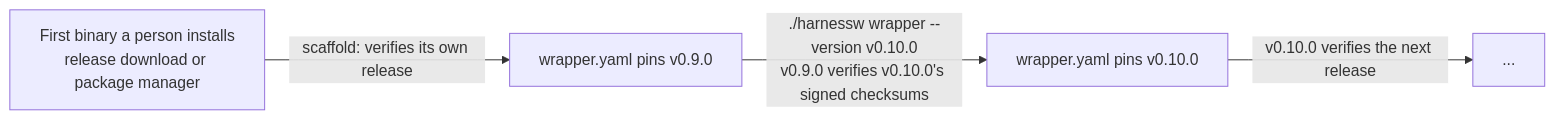
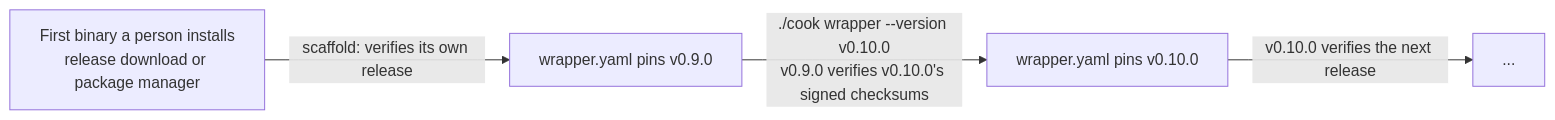
Before and after one commit to lmarqs/harness: the diagram in docs/features/wrapper.md, drawn with Mermaid. The commit also changed other lines of this file and 64 other files, not shown here.

````diff
--- a/docs/features/wrapper.md
+++ b/docs/features/wrapper.md
@@ -151,6 +151,6 @@
 ```mermaid
 flowchart LR
   i["First binary a person installs<br/>release download or package manager"] -->|scaffold: verifies its own release| p1["wrapper.yaml pins v0.9.0"]
-  p1 -->|"./harnessw wrapper --version v0.10.0<br/>v0.9.0 verifies v0.10.0's signed checksums"| p2["wrapper.yaml pins v0.10.0"]
+  p1 -->|"./cook wrapper --version v0.10.0<br/>v0.9.0 verifies v0.10.0's signed checksums"| p2["wrapper.yaml pins v0.10.0"]
   p2 -->|"v0.10.0 verifies the next release"| p3["..."]
 ```
````
